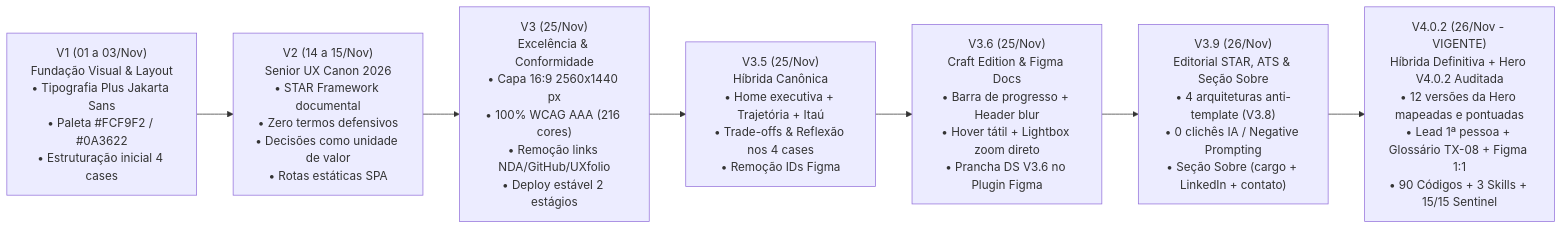
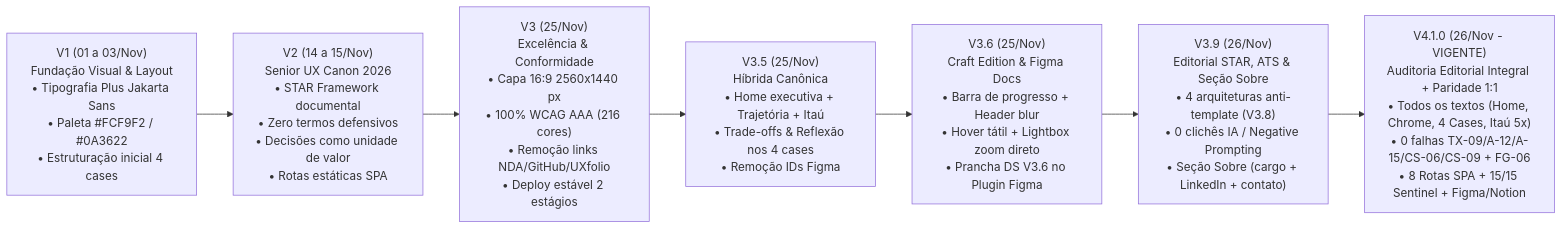
Before and after one commit to israelfull-commits/portfolio: the diagram in docs/INDEX_GOVERNANCA_E_DECISOES.md, drawn with Mermaid. The commit also changed other lines of this file and 14 other files, not shown here.

Commit message:
feat(v4.1.0): full editorial & frozen-code upgrade across Home, Chrome, 4 Cases (Einstein, Itaú 5x, Claro, Neoenergia), Figma 731:699 & plugin

````diff
--- a/docs/INDEX_GOVERNANCA_E_DECISOES.md
+++ b/docs/INDEX_GOVERNANCA_E_DECISOES.md
@@ -15,11 +15,11 @@
 ```mermaid
 flowchart LR
     V1["V1 (01 a 03/Nov)<br>Fundação Visual & Layout<br>• Tipografia Plus Jakarta Sans<br>• Paleta #FCF9F2 / #0A3622<br>• Estruturação inicial 4 cases"]
     V2["V2 (14 a 15/Nov)<br>Senior UX Canon 2026<br>• STAR Framework documental<br>• Zero termos defensivos<br>• Decisões como unidade de valor<br>• Rotas estáticas SPA"]
     V3["V3 (25/Nov)<br>Excelência & Conformidade<br>• Capa 16:9 2560x1440 px<br>• 100% WCAG AAA (216 cores)<br>• Remoção links NDA/GitHub/UXfolio<br>• Deploy estável 2 estágios"]
     V35["V3.5 (25/Nov)<br>Híbrida Canônica<br>• Home executiva + Trajetória + Itaú<br>• Trade-offs & Reflexão nos 4 cases<br>• Remoção IDs Figma"]
     V36["V3.6 (25/Nov)<br>Craft Edition & Figma Docs<br>• Barra de progresso + Header blur<br>• Hover tátil + Lightbox zoom direto<br>• Prancha DS V3.6 no Plugin Figma"]
     V39["V3.9 (26/Nov)<br>Editorial STAR, ATS & Seção Sobre<br>• 4 arquiteturas anti-template (V3.8)<br>• 0 clichês IA / Negative Prompting<br>• Seção Sobre (cargo + LinkedIn + contato)"]
-    V310["V4.0.2 (26/Nov - VIGENTE)<br>Híbrida Definitiva + Hero V4.0.2 Auditada<br>• 12 versões da Hero mapeadas e pontuadas<br>• Lead 1ª pessoa + Glossário TX-08 + Figma 1:1<br>• 90 Códigos + 3 Skills + 15/15 Sentinel"]
+    V310["V4.1.0 (26/Nov - VIGENTE)<br>Auditoria Editorial Integral + Paridade 1:1<br>• Todos os textos (Home, Chrome, 4 Cases, Itaú 5x)<br>• 0 falhas TX-09/A-12/A-15/CS-06/CS-09 + FG-06<br>• 8 Rotas SPA + 15/15 Sentinel + Figma/Notion"]
     V1 --> V2 --> V3 --> V35 --> V36 --> V39 --> V310
 ```
````
